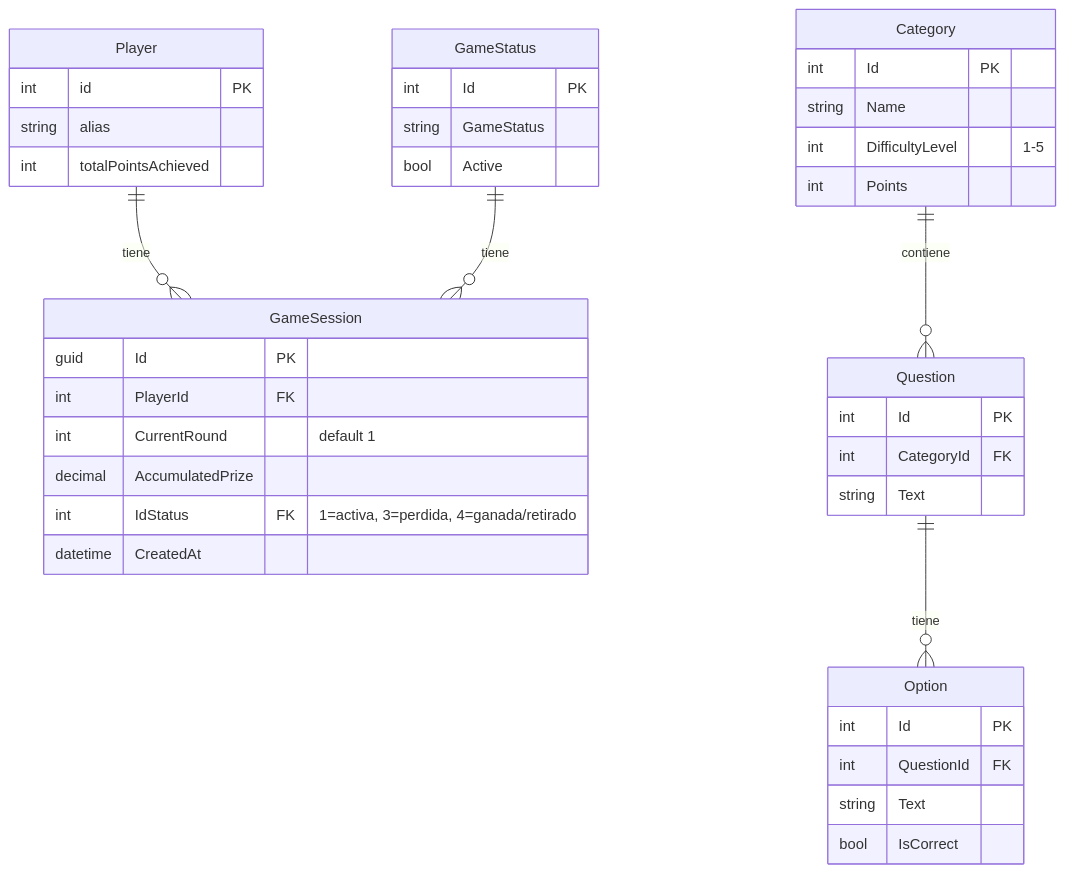
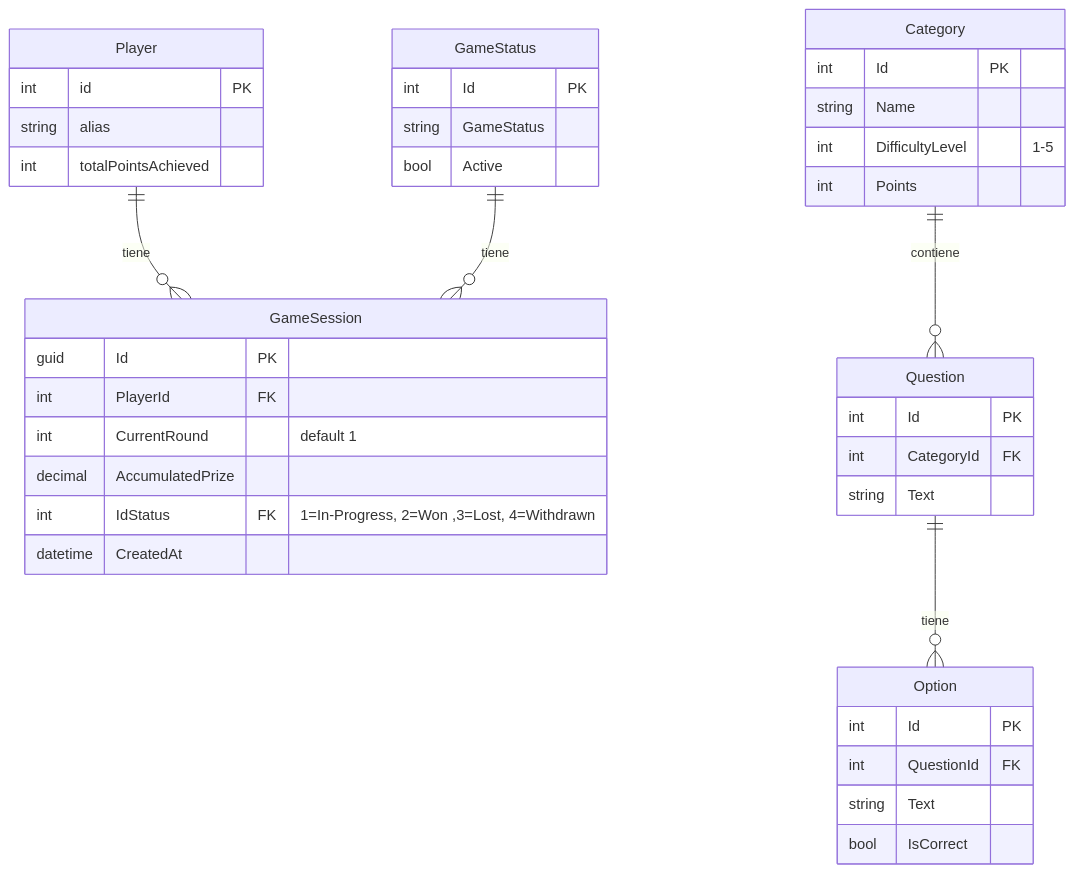
One commit to Danteocean/TriviaGame changed the second of 4 diagrams in README.md. Above: the diagram before and after it, drawn with Mermaid. The commit also changed other lines of this file, not shown here.

Commit message:
Se realizan ajustes a los diagramas y imagnes

````diff
--- a/README.md
+++ b/README.md
@@ -58,48 +58,48 @@
 ```mermaid
 erDiagram
     Player ||--o{ GameSession : tiene
     Category ||--o{ Question : contiene
     Question ||--o{ Option : tiene
     GameStatus ||--o{ GameSession : tiene
 
     Player {
         int id PK
         string alias
         int totalPointsAchieved
     }
 
     GameSession {
         guid Id PK
         int PlayerId FK
         int CurrentRound "default 1"
         decimal AccumulatedPrize
-        int IdStatus FK "1=activa, 3=perdida, 4=ganada/retirado"
+        int IdStatus FK "1=In-Progress, 2=Won ,3=Lost, 4=Withdrawn"
         datetime CreatedAt
     }
 
     GameStatus {
         int Id PK
         string GameStatus 
         bool Active
     }
 
     Category {
         int Id PK
         string Name
         int DifficultyLevel "1-5"
         int Points
     }
 
     Question {
         int Id PK
         int CategoryId FK
         string Text
     }
 
     Option {
         int Id PK
         int QuestionId FK
         string Text
         bool IsCorrect
     }
 ```
````
